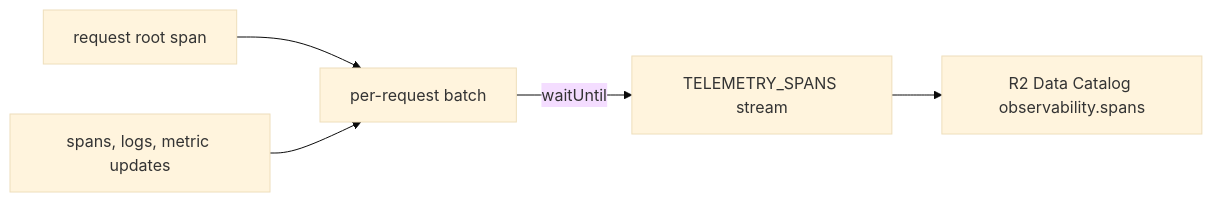
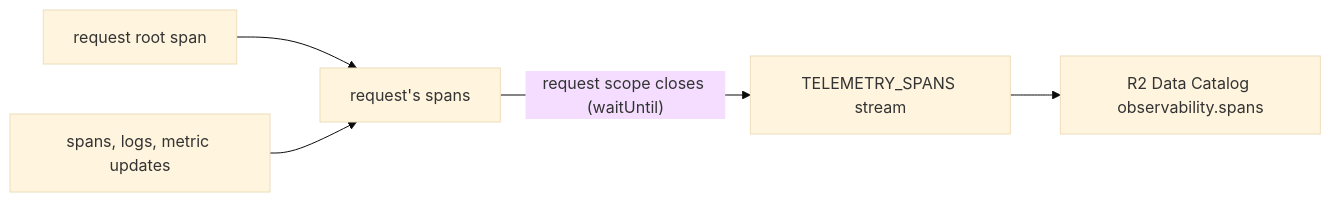
One commit to shpitdev/sketchi changed the diagram in packages/observability/README.md. Above: the diagram before and after it, drawn with Mermaid (base theme). The commit also changed other lines of this file and 10 other files, not shown here.

First line of the commit message:
refactor(observability): send each request's spans when its scope closes

````diff
--- a/packages/observability/README.md
+++ b/packages/observability/README.md
@@ -6,7 +6,7 @@
 ```mermaid
 flowchart LR
-  Request["request root span"] --> Batch["per-request batch"]
-  Spans["spans, logs, metric updates"] --> Batch
-  Batch -->|waitUntil| Stream["TELEMETRY_SPANS stream"]
+  Request["request root span"] --> Owner["request's spans"]
+  Spans["spans, logs, metric updates"] --> Owner
+  Owner -->|"request scope closes (waitUntil)"| Stream["TELEMETRY_SPANS stream"]
   Stream --> Table["R2 Data Catalog observability.spans"]
 ```
````
